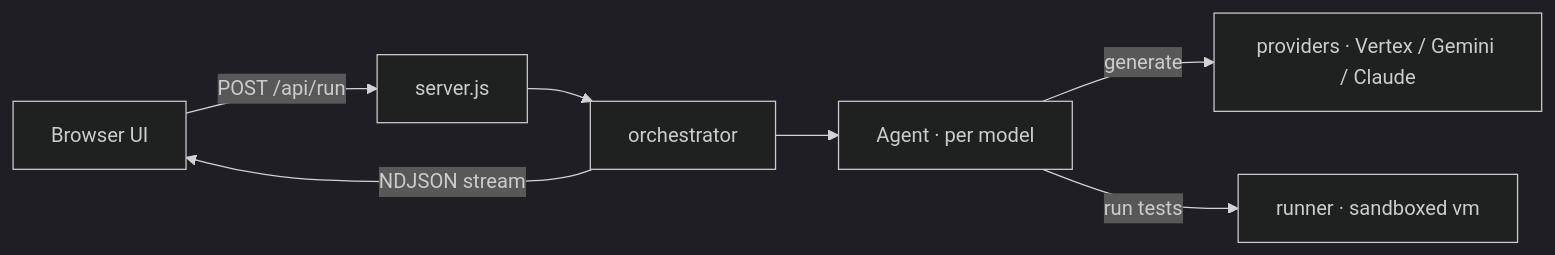
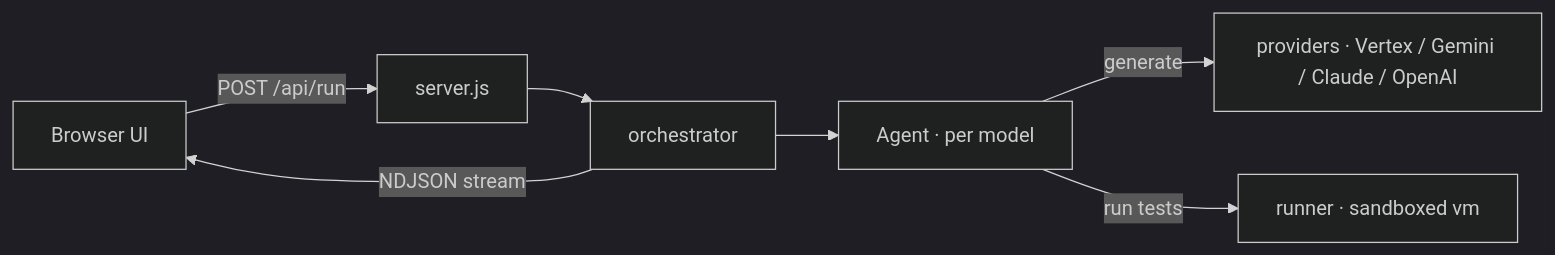
One commit to UbhiTS/llm-compare changed the second of 2 diagrams in README.md. Above: the diagram before and after it, drawn with Mermaid (dark theme). The commit also changed other lines of this file and 8 other files, not shown here.

````diff
--- a/README.md
+++ b/README.md
@@ -197,9 +202,9 @@
 ```mermaid
 flowchart LR
   U["Browser UI"] -->|"POST /api/run"| S["server.js"]
   S --> O["orchestrator"]
   O --> A["Agent · per model"]
-  A -->|generate| P["providers · Vertex / Gemini / Claude"]
+  A -->|generate| P["providers · Vertex / Gemini / Claude / OpenAI"]
   A -->|"run tests"| R["runner · sandboxed vm"]
   O -->|"NDJSON stream"| U
 ```
````
